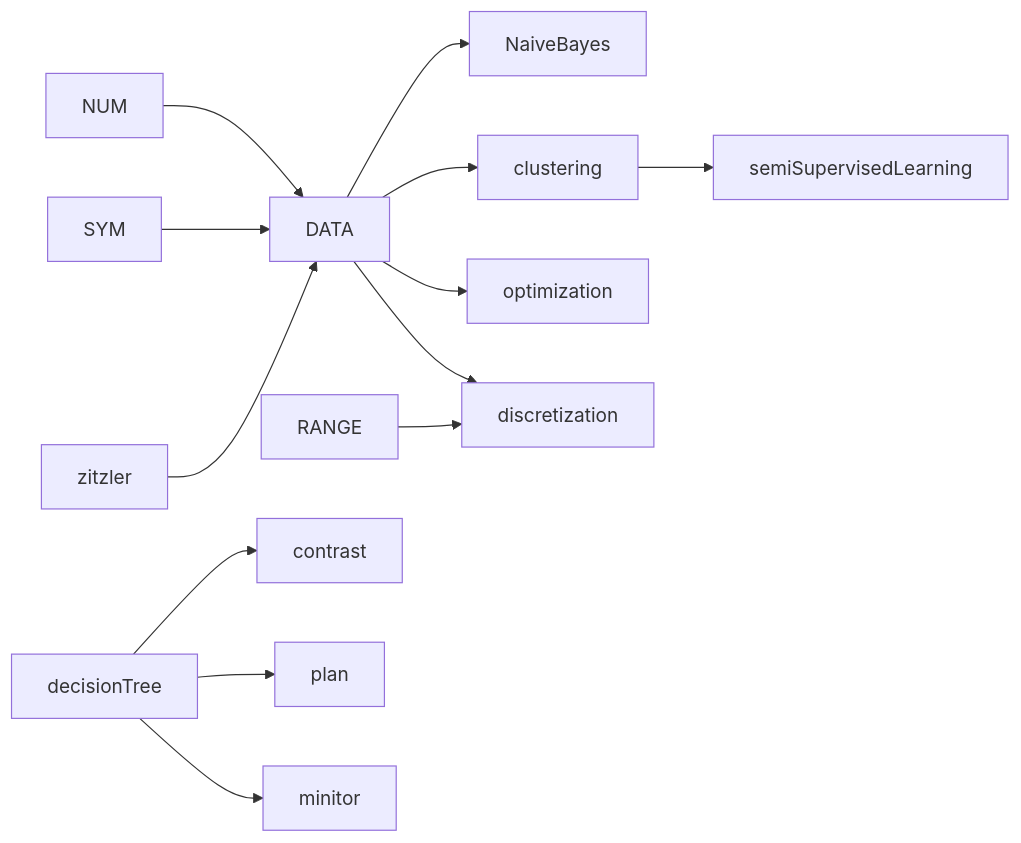
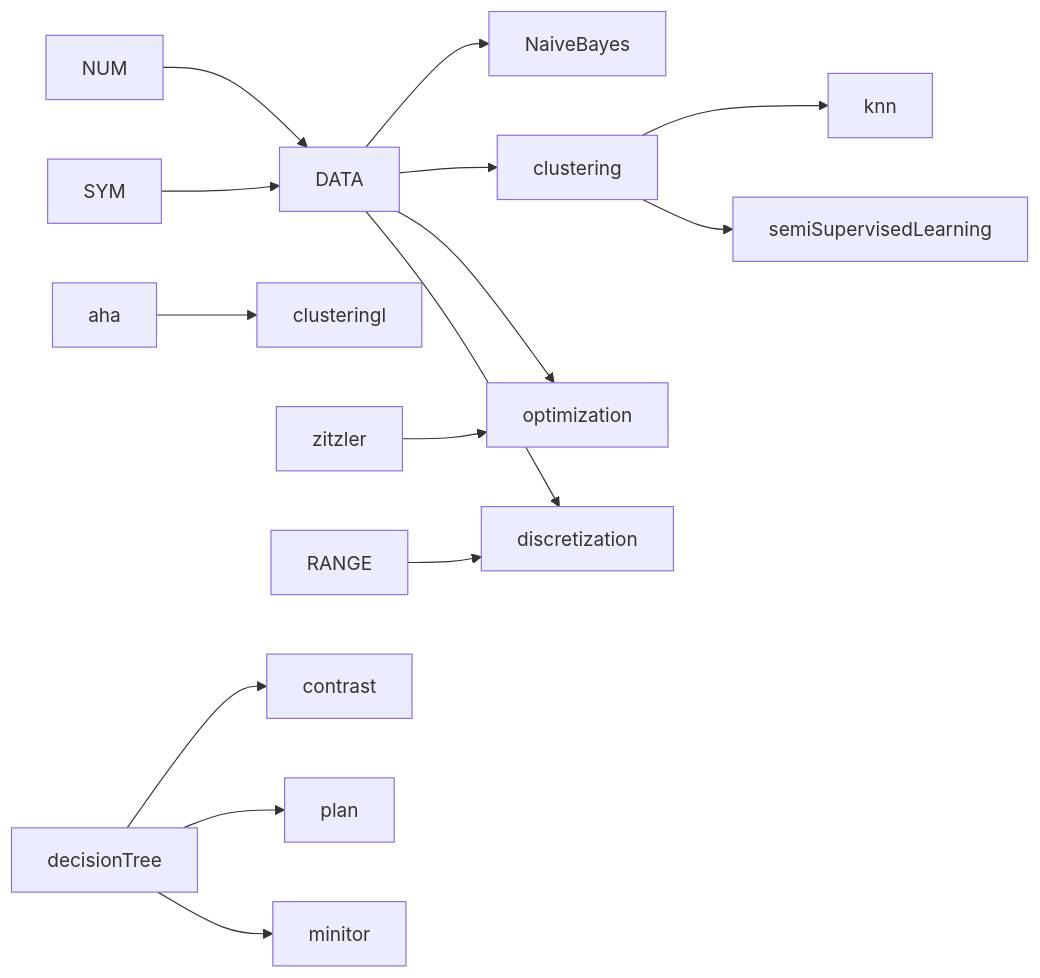
The diagram in README.md (timm/tested), drawn with Mermaid before and after one commit.

````diff
--- a/README.md
+++ b/README.md
@@ -17,13 +17,16 @@
 ```mermaid
 graph LR;
     NUM-->DATA-->NaiveBayes;
     SYM-->DATA;
     DATA-->clustering;
+    aha-->clusteringl
+    clustering-->knn;
     clustering-->semiSupervisedLearning;
-    zitzler-->DATA-->optimization;
+    zitzler-->optimization;
+    DATA-->optimization;
     DATA-->discretization;
     RANGE-->discretization;
     decisionTree-->contrast;
     decisionTree-->plan;
     decisionTree-->minitor;
 ```
````
